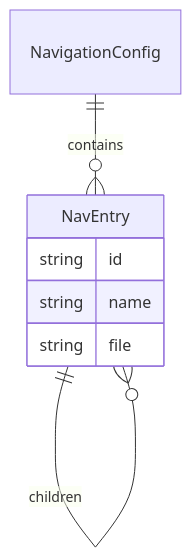
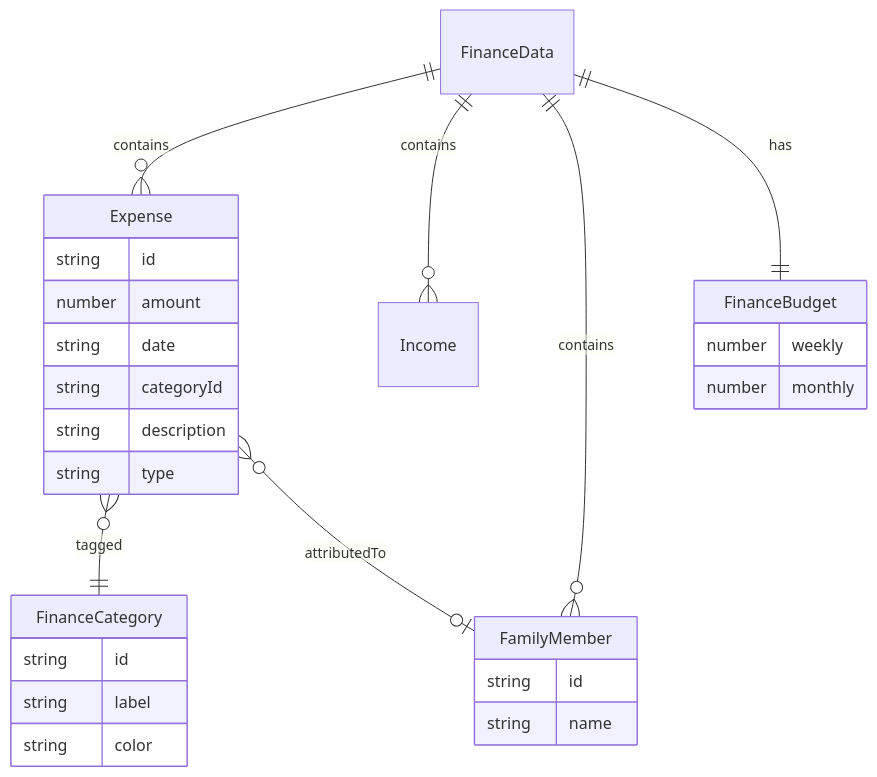
One commit to dadviegas/dadviegas.github.io changed the fifth of 7 diagrams in markdown/content/guides/diagrams.md. Above: the diagram before and after it, drawn with Mermaid. The commit also changed other lines of this file and 275 other files, not shown here.

````diff
--- a/markdown/content/guides/diagrams.md
+++ b/markdown/content/guides/diagrams.md
@@ -33,10 +90,31 @@
 ```mermaid
 erDiagram
-    NavigationConfig ||--o{ NavEntry : contains
-    NavEntry ||--o{ NavEntry : children
-    NavEntry {
+    FinanceData ||--o{ Expense : contains
+    FinanceData ||--o{ Income : contains
+    FinanceData ||--o{ FamilyMember : contains
+    FinanceData ||--|| FinanceBudget : has
+    Expense }o--|| FinanceCategory : tagged
+    Expense }o--o| FamilyMember : attributedTo
+
+    Expense {
+        string id
+        number amount
+        string date
+        string categoryId
+        string description
+        string type
+    }
+    FinanceCategory {
+        string id
+        string label
+        string color
+    }
+    FamilyMember {
         string id
         string name
-        string file
+    }
+    FinanceBudget {
+        number weekly
+        number monthly
     }
 ```
````
